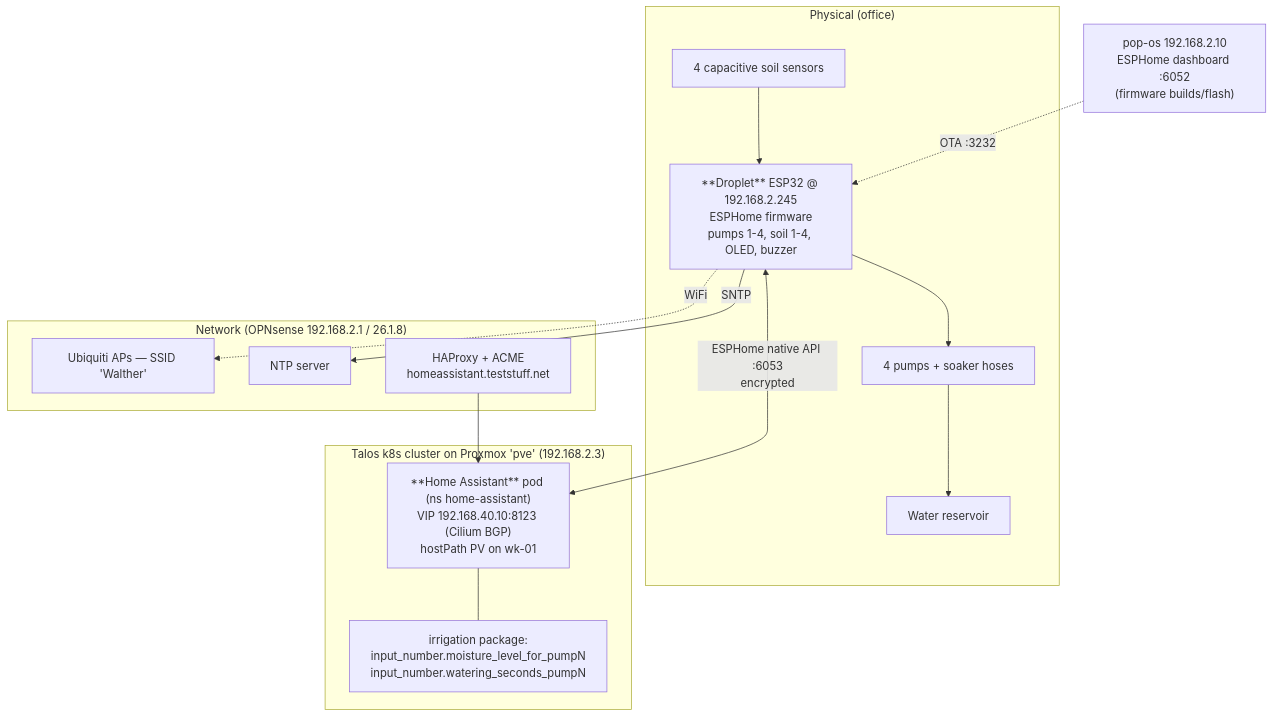
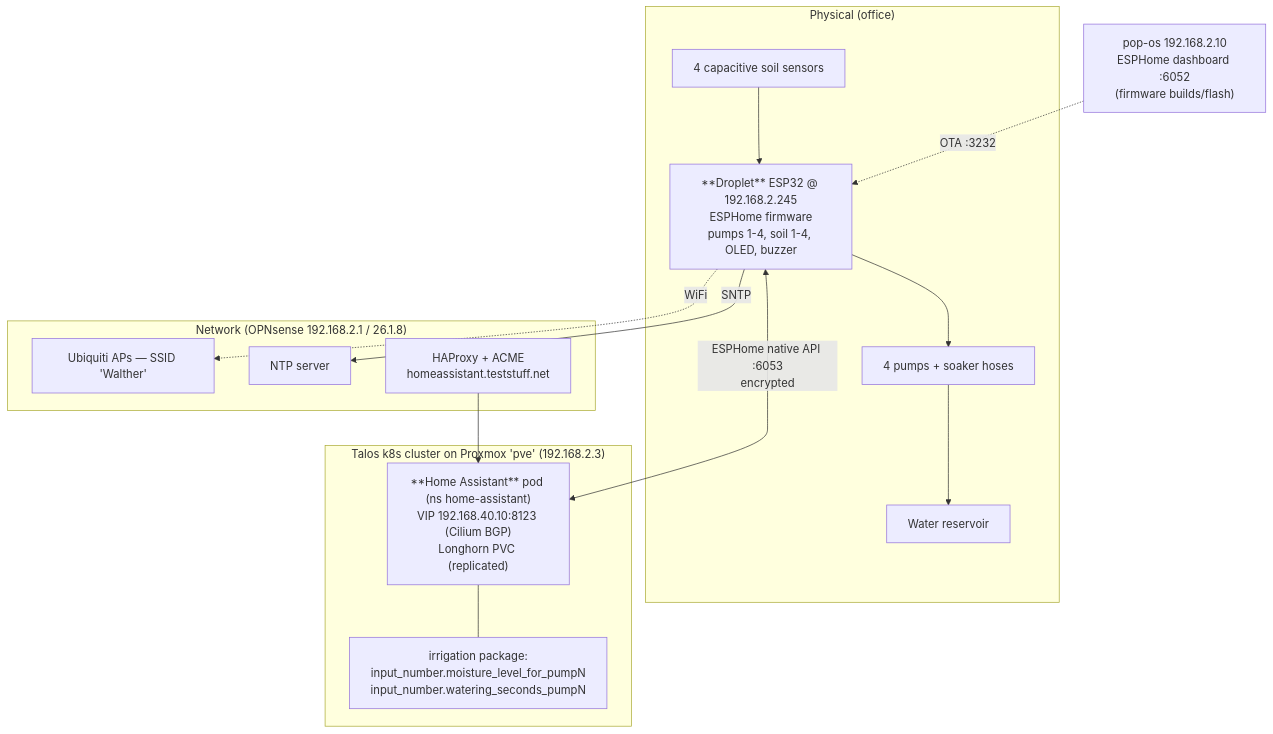
One commit to teststuffstash/homelab changed the second of 4 diagrams in docs/office-plants/README.md. Above: the diagram before and after it, drawn with Mermaid. The commit also changed other lines of this file and 13 other files, not shown here.

````diff
--- a/docs/office-plants/README.md
+++ b/docs/office-plants/README.md
@@ -56,31 +72,31 @@
 ```mermaid
 flowchart TB
     subgraph office["Physical (office)"]
       droplet["**Droplet** ESP32 @ 192.168.2.245<br/>ESPHome firmware<br/>pumps 1-4, soil 1-4, OLED, buzzer"]
       pumps["4 pumps + soaker hoses"]
       sensors["4 capacitive soil sensors"]
       reservoir["Water reservoir"]
       droplet --> pumps --> reservoir
       sensors --> droplet
     end
 
     subgraph net["Network (OPNsense 192.168.2.1 / 26.1.8)"]
       aps["Ubiquiti APs — SSID 'Walther'"]
       ntpd["NTP server"]
       haproxy["HAProxy + ACME<br/>homeassistant.teststuff.net"]
     end
 
     subgraph cluster["Talos k8s cluster on Proxmox 'pve' (192.168.2.3)"]
-      ha["**Home Assistant** pod (ns home-assistant)<br/>VIP 192.168.40.10:8123 (Cilium BGP)<br/>hostPath PV on wk-01"]
+      ha["**Home Assistant** pod (ns home-assistant)<br/>VIP 192.168.40.10:8123 (Cilium BGP)<br/>Longhorn PVC (replicated)"]
       irr["irrigation package:<br/>input_number.moisture_level_for_pumpN<br/>input_number.watering_seconds_pumpN"]
       ha --- irr
     end
 
     popos["pop-os 192.168.2.10<br/>ESPHome dashboard :6052<br/>(firmware builds/flash)"]
 
     droplet -. WiFi .-> aps
     droplet -->|SNTP| ntpd
     droplet <-->|ESPHome native API :6053<br/>encrypted| ha
     popos -. OTA :3232 .-> droplet
     haproxy --> ha
 ```
````
